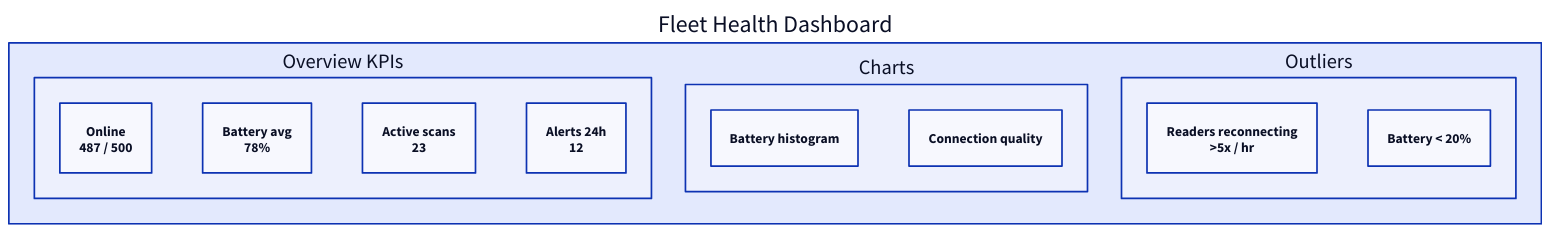
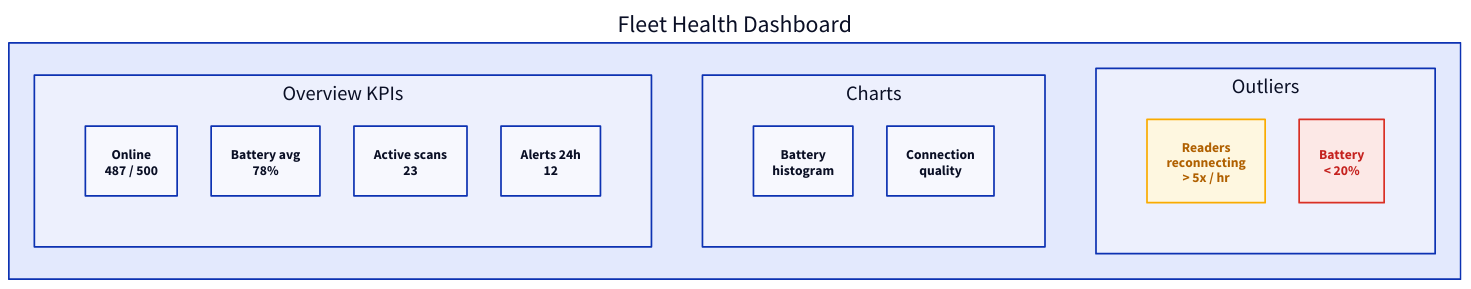
The first of 2 diagrams in docs/observability/monitoring/fleet-dashboard.md (admiral-ai/zebra-handheld-rfid-iotc), drawn with D2 before and after one commit. The commit also changed other lines of this file and 40 other files, not shown here.

First line of the commit message:
Redesign all 54 D2 diagrams to a unified visual system

````diff
--- a/docs/observability/monitoring/fleet-dashboard.md
+++ b/docs/observability/monitoring/fleet-dashboard.md
@@ -55,21 +55,26 @@
 ```d2
+classes: {
+  warn: { style: { fill: "#fef7e0"; stroke: "#f9ab00"; font-color: "#b06000" } }
+  bad:  { style: { fill: "#fce8e6"; stroke: "#d93025"; font-color: "#c5221f" } }
+}
 DB: Fleet Health Dashboard {
   Row1: Overview KPIs {
-    direction: right
+    grid-columns: 4
     KPI1: "Online\n487 / 500"
     KPI2: "Battery avg\n78%"
     KPI3: "Active scans\n23"
     KPI4: "Alerts 24h\n12"
   }
   Row2: Charts {
-    direction: right
-    C1: Battery histogram
-    C2: Connection quality
+    grid-columns: 2
+    C1: "Battery\nhistogram"
+    C2: "Connection\nquality"
   }
   Row3: Outliers {
-    direction: right
-    O1: "Readers reconnecting\n>5x / hr"
-    O2: "Battery < 20%"
+    grid-columns: 2
+    O1: "Readers\nreconnecting\n> 5x / hr" { class: warn }
+    O2: "Battery\n< 20%" { class: bad }
   }
 }
+
 ```
````
